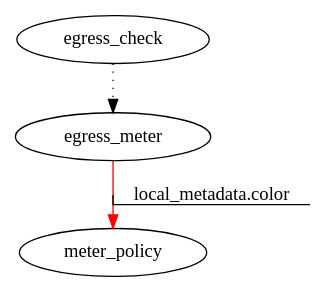
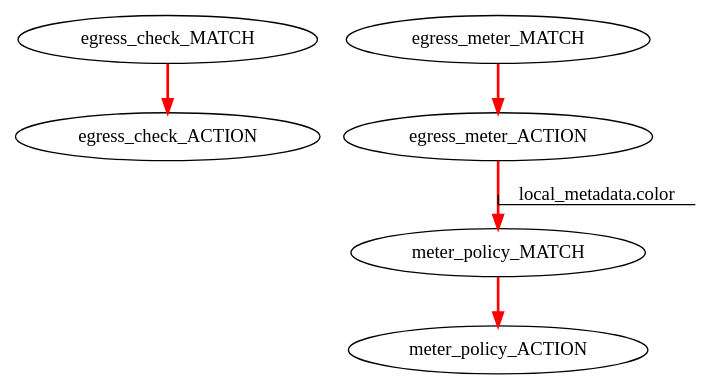
The diagram in v1.0.3/mtag/out1-unchanged/mtag-edge.egress.tables_dep.dot (jafingerhut/p4lang-tests), drawn with Graphviz before and after one commit. The commit also changed 76 other files, not shown here.

```diff
--- a/v1.0.3/mtag/out1-unchanged/mtag-edge.egress.tables_dep.dot
+++ b/v1.0.3/mtag/out1-unchanged/mtag-edge.egress.tables_dep.dot
@@ -1,4 +1,6 @@
 digraph egress {
-egress_check -> egress_meter [style=dotted ];
-egress_meter -> meter_policy [color=red label="local_metadata.color" decorate=true];
+egress_check_MATCH -> egress_check_ACTION [color=red style=bold label="" decorate=true];
+egress_meter_ACTION -> meter_policy_MATCH [color=red style=bold label="local_metadata.color" decorate=true];
+egress_meter_MATCH -> egress_meter_ACTION [color=red style=bold label="" decorate=true];
+meter_policy_MATCH -> meter_policy_ACTION [color=red style=bold label="" decorate=true];
 }
```
